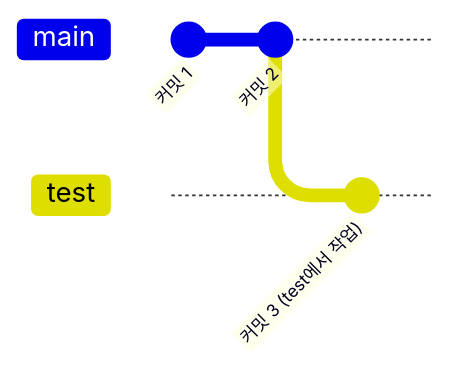
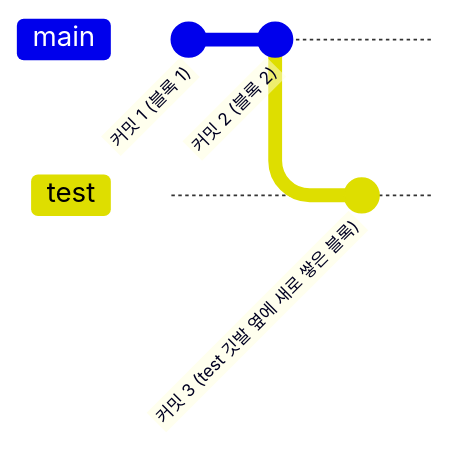
One commit to skinopero/my-blog changed the second of 3 diagrams in _posts/2026-08-31-branch개념.md. Above: the diagram before and after it, drawn with Mermaid. The commit also changed other lines of this file, not shown here.

````diff
--- a/_posts/2026-08-31-branch개념.md
+++ b/_posts/2026-08-31-branch개념.md
@@ -34,9 +48,9 @@
 ```mermaid
 gitGraph
-    commit id: "커밋 1"
-    commit id: "커밋 2"
+    commit id: "커밋 1 (블록 1)"
+    commit id: "커밋 2 (블록 2)"
     branch test
     checkout test
-    commit id: "커밋 3 (test에서 작업)"
+    commit id: "커밋 3 (test 깃발 옆에 새로 쌓은 블록)"
     checkout main
 ```
````
